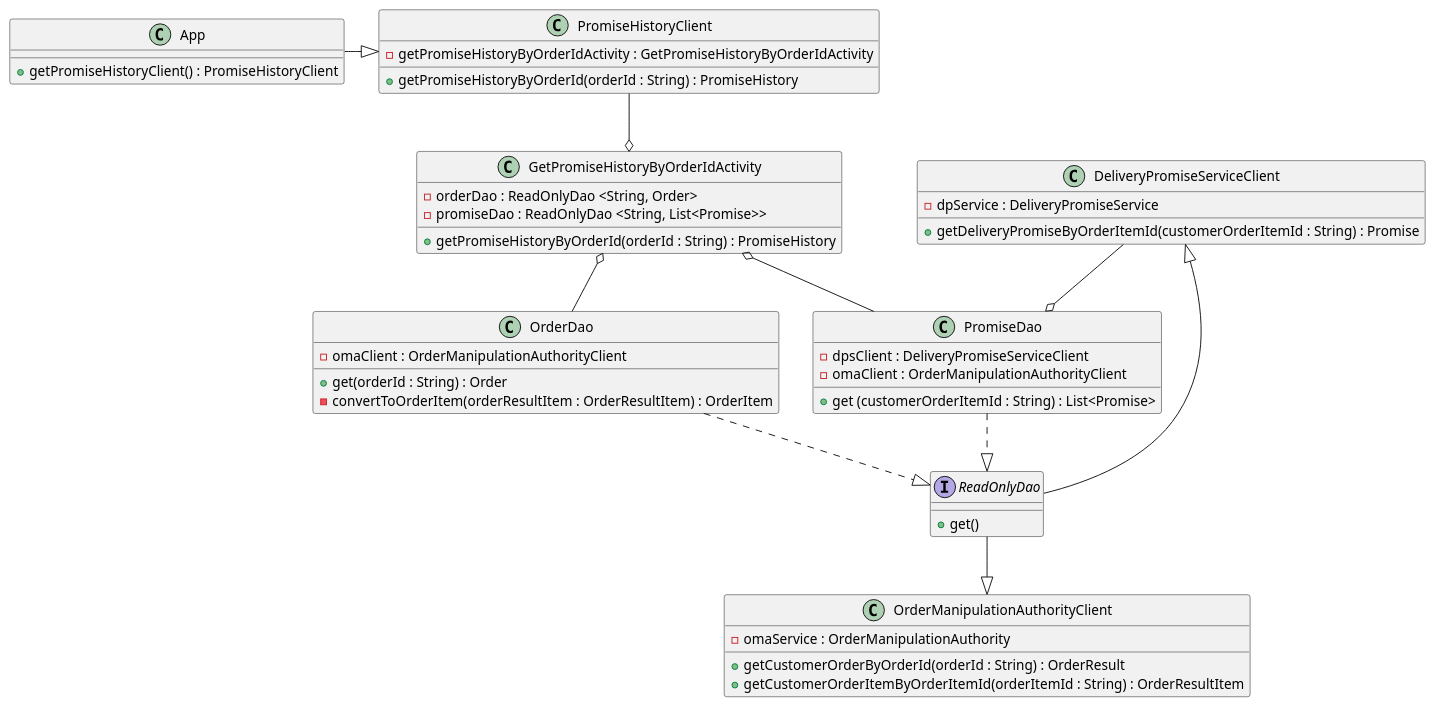
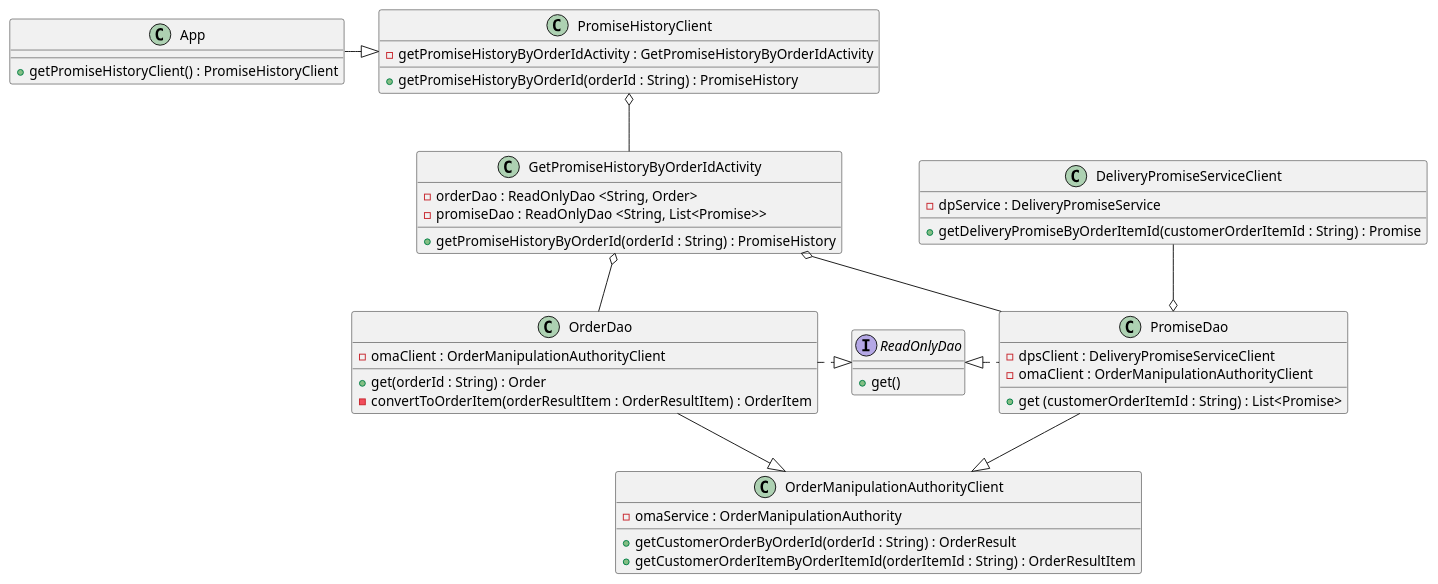
Before and after one commit to KasiDavid/bd-intermediate-java-project: the diagram in src/resources/deliveringonourpromise_CD.puml, drawn with PlantUML.

Commit message:
couple more changes

```diff
--- a/src/resources/deliveringonourpromise_CD.puml
+++ b/src/resources/deliveringonourpromise_CD.puml
@@ -1,63 +1,63 @@
 @startuml
 
 class App{
 + getPromiseHistoryClient() : PromiseHistoryClient
 }
 
 class PromiseHistoryClient {
 - getPromiseHistoryByOrderIdActivity : GetPromiseHistoryByOrderIdActivity
 
 + getPromiseHistoryByOrderId(orderId : String) : PromiseHistory
 }
 
 class GetPromiseHistoryByOrderIdActivity {
 - orderDao : ReadOnlyDao <String, Order>
 - promiseDao : ReadOnlyDao <String, List<Promise>>
 
 + getPromiseHistoryByOrderId(orderId : String) : PromiseHistory
 }
 
 class OrderDao {
 - omaClient : OrderManipulationAuthorityClient
 
 + get(orderId : String) : Order
 - convertToOrderItem(orderResultItem : OrderResultItem) : OrderItem
 }
 
 class PromiseDao {
 - dpsClient : DeliveryPromiseServiceClient
 - omaClient : OrderManipulationAuthorityClient
 
 + get (customerOrderItemId : String) : List<Promise>
 }
 
 interface ReadOnlyDao {
 + get()
 }
 
 class OrderManipulationAuthorityClient {
 - omaService : OrderManipulationAuthority
 
 + getCustomerOrderByOrderId(orderId : String) : OrderResult
 + getCustomerOrderItemByOrderItemId(orderItemId : String) : OrderResultItem
 }
 
 class DeliveryPromiseServiceClient {
 - dpService : DeliveryPromiseService
 
 + getDeliveryPromiseByOrderItemId(customerOrderItemId : String) : Promise
 }
 
 App -|> PromiseHistoryClient
-PromiseHistoryClient --o GetPromiseHistoryByOrderIdActivity
+PromiseHistoryClient o-- GetPromiseHistoryByOrderIdActivity
 
 GetPromiseHistoryByOrderIdActivity o-- OrderDao
 GetPromiseHistoryByOrderIdActivity o-- PromiseDao
-OrderDao ..|> ReadOnlyDao
-PromiseDao ..|> ReadOnlyDao
-DeliveryPromiseServiceClient <|- ReadOnlyDao
+OrderDao .|> ReadOnlyDao
+ReadOnlyDao <|. PromiseDao
 DeliveryPromiseServiceClient --o PromiseDao
-ReadOnlyDao --|> OrderManipulationAuthorityClient
+PromiseDao --|> OrderManipulationAuthorityClient
+OrderDao --|> OrderManipulationAuthorityClient
 
 
 @enduml
```
